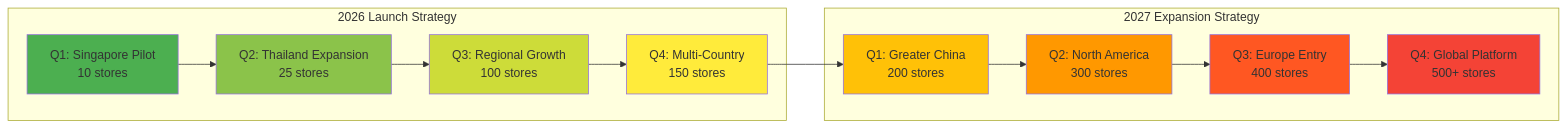
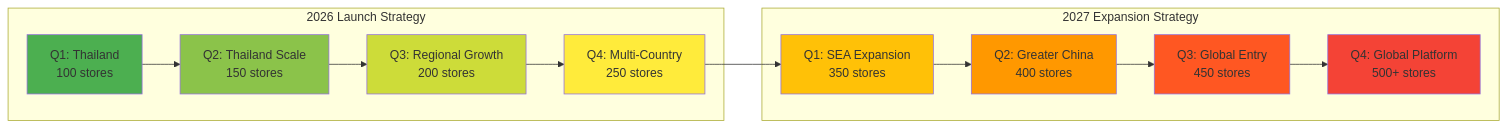
Before and after one commit to bemindlab/jianchatea-unity-suite: the tenth of 10 diagrams in ROADMAP.md, drawn with Mermaid. The commit also changed other lines of this file and 6 other files, not shown here.

````diff
--- a/ROADMAP.md
+++ b/ROADMAP.md
@@ -415,25 +504,25 @@
 ```mermaid
 graph LR
     subgraph "2026 Launch Strategy"
-        A[Q1: Singapore Pilot<br/>10 stores] --> B[Q2: Thailand Expansion<br/>25 stores]
-        B --> C[Q3: Regional Growth<br/>100 stores]
-        C --> D[Q4: Multi-Country<br/>150 stores]
+        A[Q1: Thailand<br/>100 stores] --> B[Q2: Thailand Scale<br/>150 stores]
+        B --> C[Q3: Regional Growth<br/>200 stores]
+        C --> D[Q4: Multi-Country<br/>250 stores]
     end
     
     subgraph "2027 Expansion Strategy"
-        E[Q1: Greater China<br/>200 stores] --> F[Q2: North America<br/>300 stores]
-        F --> G[Q3: Europe Entry<br/>400 stores]
+        E[Q1: SEA Expansion<br/>350 stores] --> F[Q2: Greater China<br/>400 stores]
+        F --> G[Q3: Global Entry<br/>450 stores]
         G --> H[Q4: Global Platform<br/>500+ stores]
     end
     
     D --> E
     
     style A fill:#4caf50
     style B fill:#8bc34a
     style C fill:#cddc39
     style D fill:#ffeb3b
     style E fill:#ffc107
     style F fill:#ff9800
     style G fill:#ff5722
     style H fill:#f44336
 ```
````
